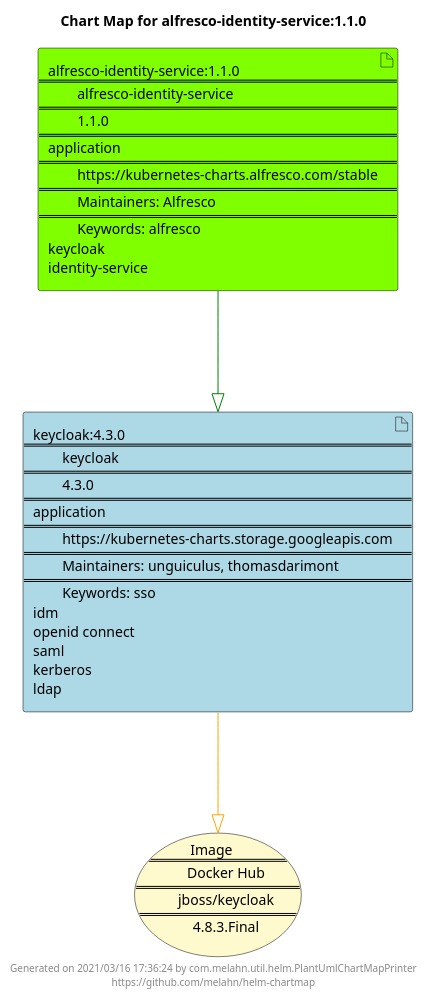
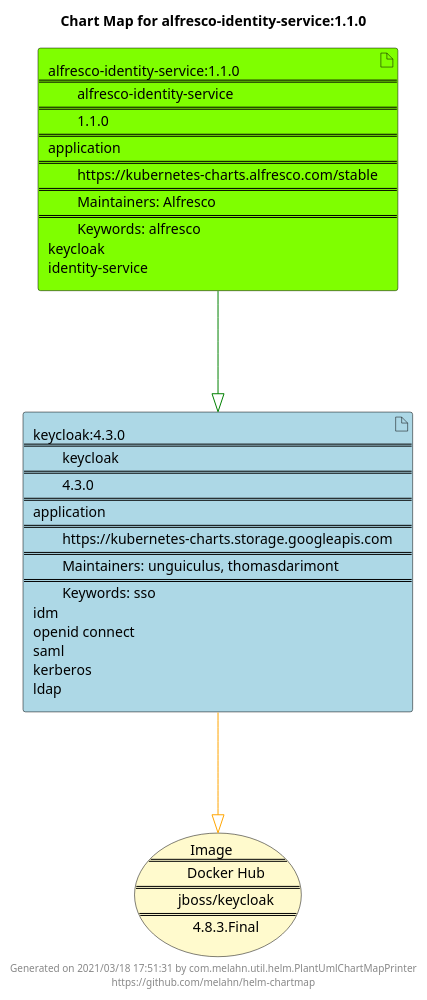
One commit to melahn/helm-chartmap changed the diagram in docs/alfresco-identity-service/alfresco-identity-service-1.1.0.puml. Above: the diagram before and after it, drawn with PlantUML. The commit also changed 28 other files, not shown here.

```diff
--- a/docs/alfresco-identity-service/alfresco-identity-service-1.1.0.puml
+++ b/docs/alfresco-identity-service/alfresco-identity-service-1.1.0.puml
@@ -1,23 +1,23 @@
 @startuml
 skinparam linetype ortho
 skinparam backgroundColor white
 skinparam usecaseBorderColor black
 skinparam usecaseArrowColor LightSlateGray
 skinparam artifactBorderColor black
 skinparam artifactArrowColor LightSlateGray
 
 title Chart Map for alfresco-identity-service:1.1.0
 
 'There are 2 referenced Helm Charts
 artifact "alfresco-identity-service:1.1.0\n====\n\talfresco-identity-service\n====\n\t1.1.0\n====\napplication\n====\n\thttps://kubernetes-charts.alfresco.com/stable\n====\n\tMaintainers: Alfresco\n====\n\tKeywords: alfresco\nkeycloak\nidentity-service" as alfresco_identity_service_1_1_0 #Chartreuse
 artifact "keycloak:4.3.0\n====\n\tkeycloak\n====\n\t4.3.0\n====\napplication\n====\n\thttps://kubernetes-charts.storage.googleapis.com\n====\n\tMaintainers: unguiculus, thomasdarimont\n====\n\tKeywords: sso\nidm\nopenid connect\nsaml\nkerberos\nldap" as keycloak_4_3_0 #LightBlue
 
 'There is one referenced Docker Image
 usecase "Image\n====\n\tDocker Hub\n====\n\tjboss/keycloak\n====\n\t4.8.3.Final" as jboss_keycloak_4_8_3_Final #LemonChiffon
 
 'Chart Dependencies
 alfresco_identity_service_1_1_0--[#green]-|>keycloak_4_3_0
 keycloak_4_3_0--[#orange]-|>jboss_keycloak_4_8_3_Final
 
-center footer Generated on 2021/03/16 17:36:24 by com.melahn.util.helm.PlantUmlChartMapPrinter\nhttps://github.com/melahn/helm-chartmap
+center footer Generated on 2021/03/18 17:51:31 by com.melahn.util.helm.PlantUmlChartMapPrinter\nhttps://github.com/melahn/helm-chartmap
 @enduml
```
